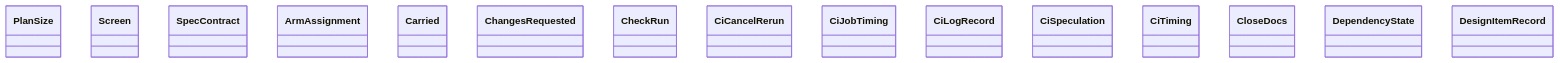
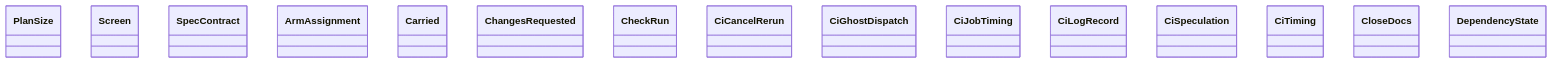
The diagram in docs/architecture/generated/classes-process-domain-state-3.md (GonzaloZevallos/agentic-system), drawn with Mermaid before and after one commit. The commit also changed 4 other files, not shown here.

Commit message:
Regenerate the class docs for the ghost dispatch fact

````diff
--- a/docs/architecture/generated/classes-process-domain-state-3.md
+++ b/docs/architecture/generated/classes-process-domain-state-3.md
@@ -26,18 +26,18 @@
 ```mermaid
 classDiagram
     class size_budget__PlanSize["PlanSize"]
     class spec_delivery__Screen["Screen"]
     class spec_delivery__SpecContract["SpecContract"]
     class task__ArmAssignment["ArmAssignment"]
     class task__Carried["Carried"]
     class task__ChangesRequested["ChangesRequested"]
     class task__CheckRun["CheckRun"]
     class task__CiCancelRerun["CiCancelRerun"]
+    class task__CiGhostDispatch["CiGhostDispatch"]
     class task__CiJobTiming["CiJobTiming"]
     class task__CiLogRecord["CiLogRecord"]
     class task__CiSpeculation["CiSpeculation"]
     class task__CiTiming["CiTiming"]
     class task__CloseDocs["CloseDocs"]
     class task__DependencyState["DependencyState"]
-    class task__DesignItemRecord["DesignItemRecord"]
 ```
````
